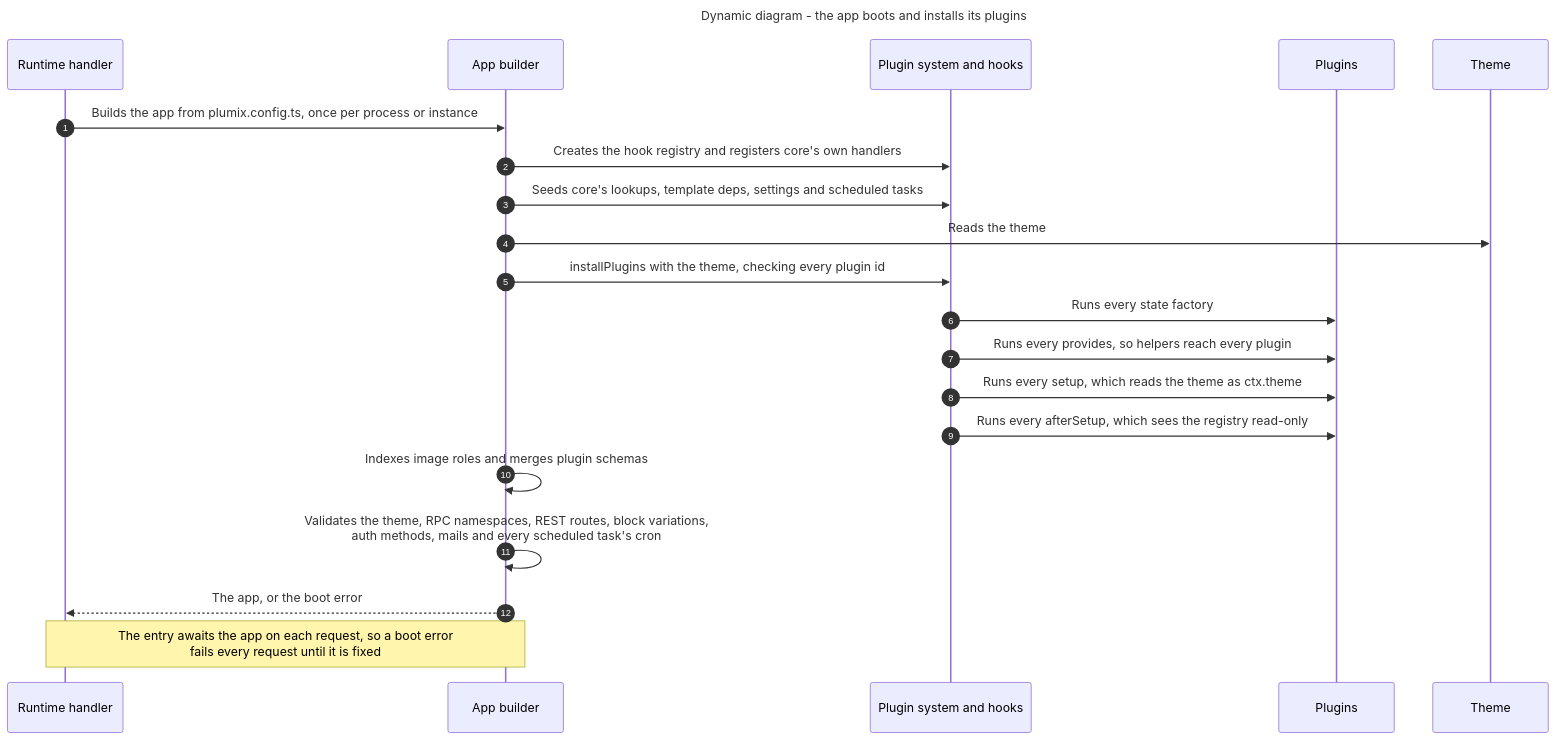
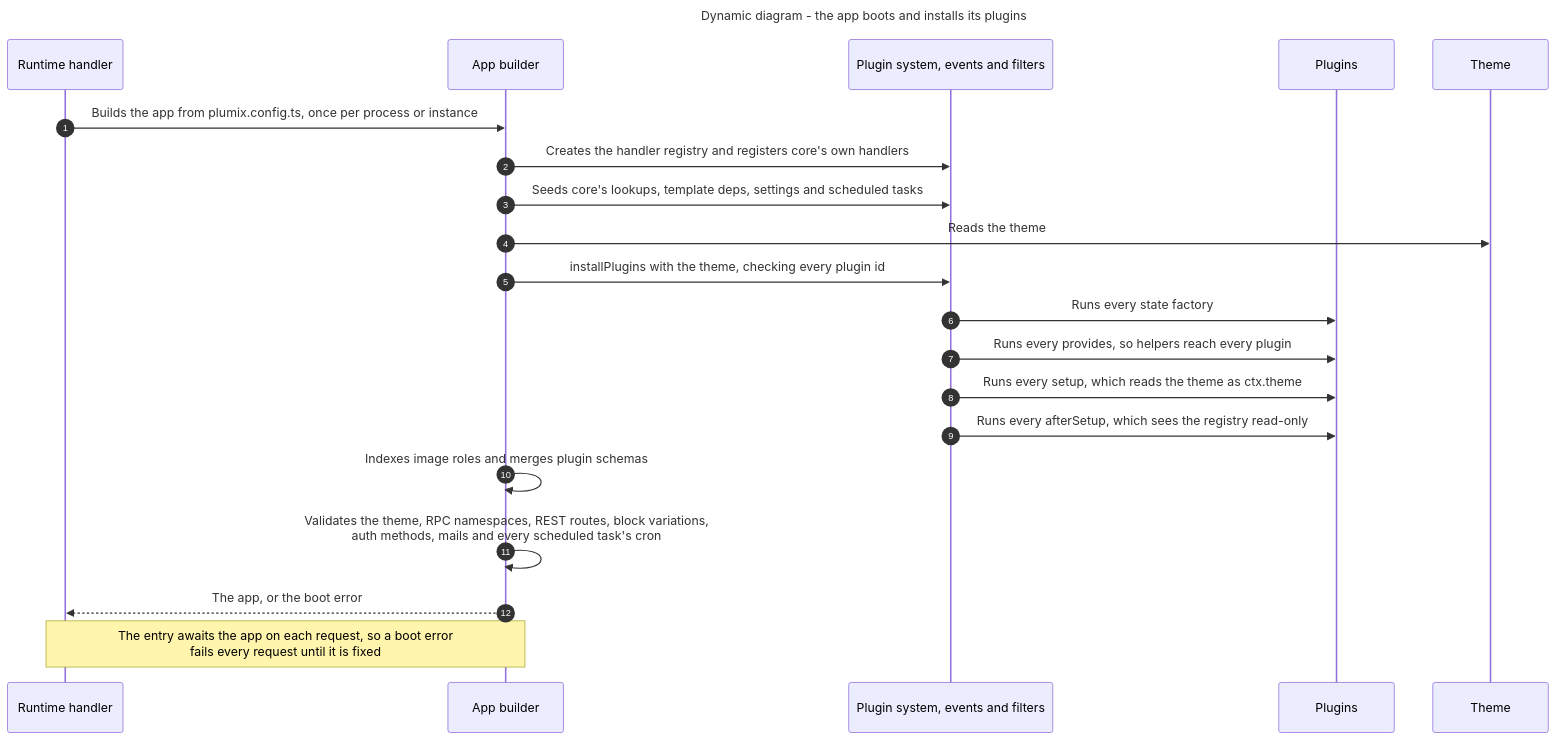
The eighth of 12 diagrams in ARCHITECTURE.md (withplumix/plumix), drawn with Mermaid before and after one commit. The commit also changed other lines of this file and 262 other files, not shown here.

First line of the commit message:
feat(core)!: remove the string hook api and the word hook from plumix's surface

````diff
--- a/ARCHITECTURE.md
+++ b/ARCHITECTURE.md
@@ -586,25 +586,25 @@
 ```mermaid
 ---
 title: Dynamic diagram - the app boots and installs its plugins
 ---
 sequenceDiagram
   autonumber
   participant E as Runtime handler
   participant B as App builder
-  participant PS as Plugin system and hooks
+  participant PS as Plugin system, events and filters
   participant P as Plugins
   participant T as Theme
   E->>B: Builds the app from plumix.config.ts, once per process or instance
-  B->>PS: Creates the hook registry and registers core's own handlers
+  B->>PS: Creates the handler registry and registers core's own handlers
   B->>PS: Seeds core's lookups, template deps, settings and scheduled tasks
   B->>T: Reads the theme
   B->>PS: installPlugins with the theme, checking every plugin id
   PS->>P: Runs every state factory
   PS->>P: Runs every provides, so helpers reach every plugin
   PS->>P: Runs every setup, which reads the theme as ctx.theme
   PS->>P: Runs every afterSetup, which sees the registry read-only
   B->>B: Indexes image roles and merges plugin schemas
   B->>B: Validates the theme, RPC namespaces, REST routes, block variations,<br/>auth methods, mails and every scheduled task's cron
   B-->>E: The app, or the boot error
   Note over E,B: The entry awaits the app on each request, so a boot error<br/>fails every request until it is fixed
 ```
````
